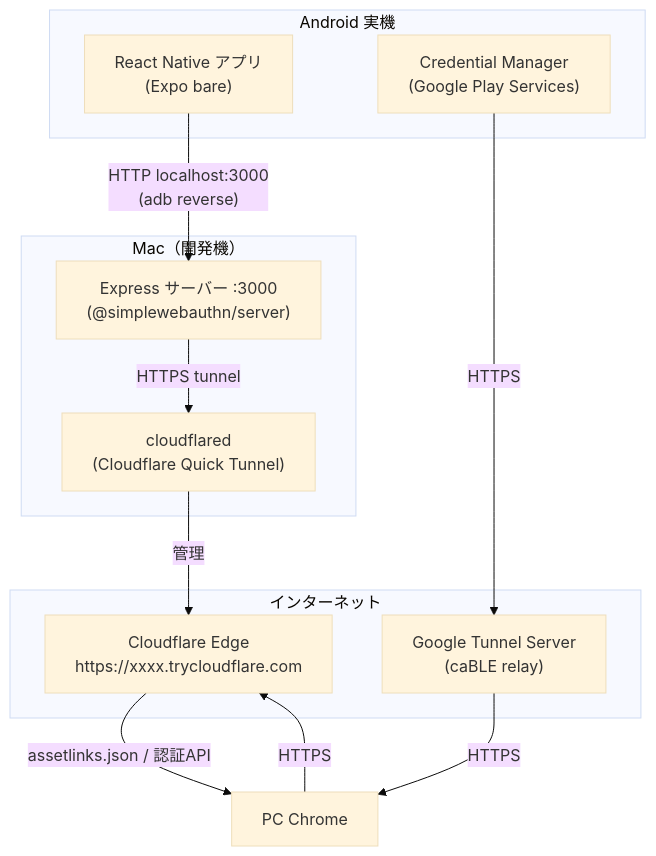
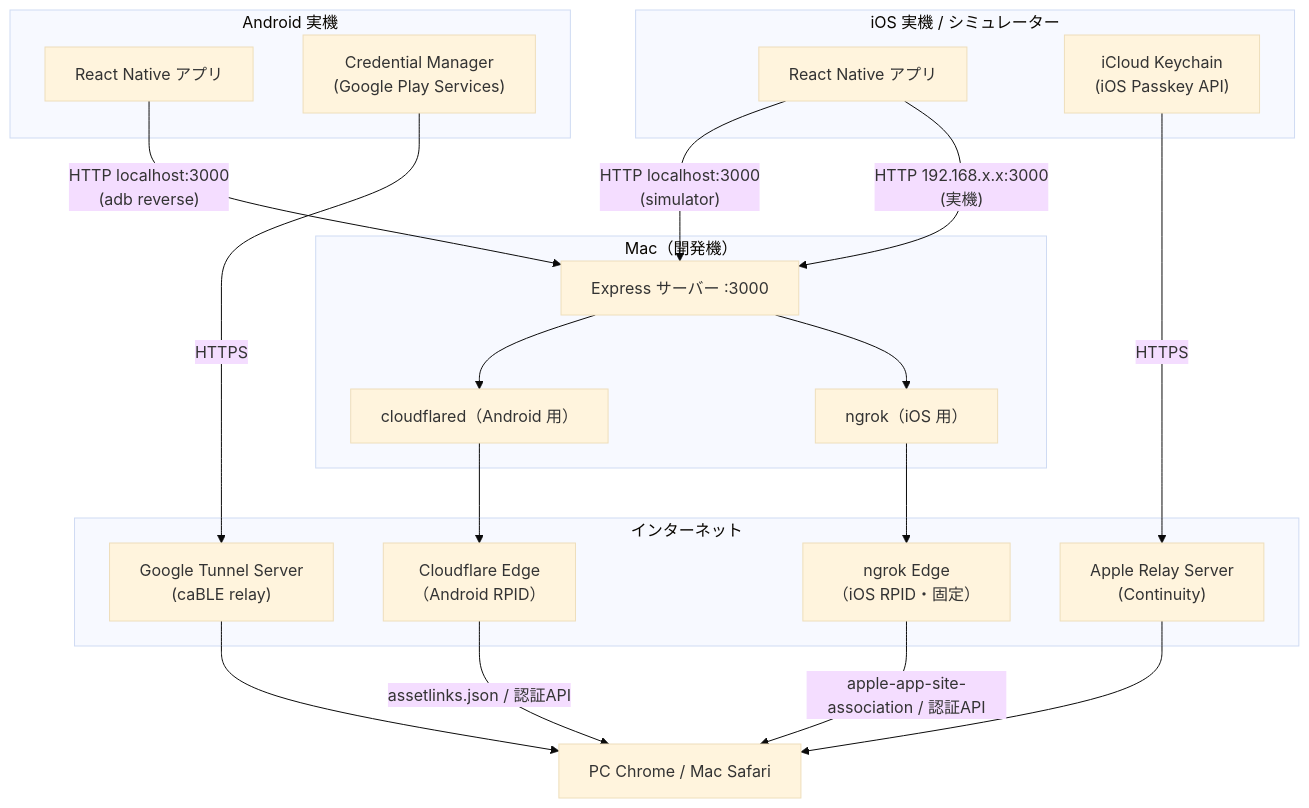
Before and after one commit to taka1226s/passkey-poc: the first of 6 diagrams in README.md, drawn with Mermaid (base theme). The commit also changed other lines of this file, not shown here.

````diff
--- a/README.md
+++ b/README.md
@@ -137,27 +203,37 @@
 ```mermaid
 graph TB
     subgraph Android["Android 実機"]
-        App["React Native アプリ<br/>(Expo bare)"]
-        CM["Credential Manager<br/>(Google Play Services)"]
+        AppA["React Native アプリ"]
+        CMA["Credential Manager<br/>(Google Play Services)"]
+    end
+
+    subgraph iOS["iOS 実機 / シミュレーター"]
+        AppI["React Native アプリ"]
+        CMI["iCloud Keychain<br/>(iOS Passkey API)"]
     end
 
     subgraph Mac["Mac（開発機）"]
-        Server["Express サーバー :3000<br/>(@simplewebauthn/server)"]
-        CF["cloudflared<br/>(Cloudflare Quick Tunnel)"]
+        Server["Express サーバー :3000"]
+        CF["cloudflared（Android 用）"]
+        NG["ngrok（iOS 用）"]
     end
 
     subgraph Internet["インターネット"]
-        CFEdge["Cloudflare Edge<br/>https://xxxx.trycloudflare.com"]
+        CFEdge["Cloudflare Edge<br/>（Android RPID）"]
+        NGEdge["ngrok Edge<br/>（iOS RPID・固定）"]
         GTS["Google Tunnel Server<br/>(caBLE relay)"]
+        ATS["Apple Relay Server<br/>(Continuity)"]
     end
 
-    Browser["PC Chrome"]
+    Browser["PC Chrome / Mac Safari"]
 
-    App -- "HTTP localhost:3000<br/>(adb reverse)" --> Server
-    Server -- "HTTPS tunnel" --> CF
-    CF -- "管理" --> CFEdge
+    AppA -- "HTTP localhost:3000<br/>(adb reverse)" --> Server
+    AppI -- "HTTP localhost:3000<br/>(simulator)" --> Server
+    AppI -- "HTTP 192.168.x.x:3000<br/>(実機)" --> Server
+    Server --> CF --> CFEdge
+    Server --> NG --> NGEdge
     CFEdge -- "assetlinks.json / 認証API" --> Browser
-    CM -- "HTTPS" --> GTS
-    GTS -- "HTTPS" --> Browser
-    Browser -- "HTTPS" --> CFEdge
+    NGEdge -- "apple-app-site-association / 認証API" --> Browser
+    CMA -- "HTTPS" --> GTS --> Browser
+    CMI -- "HTTPS" --> ATS --> Browser
 ```
````
